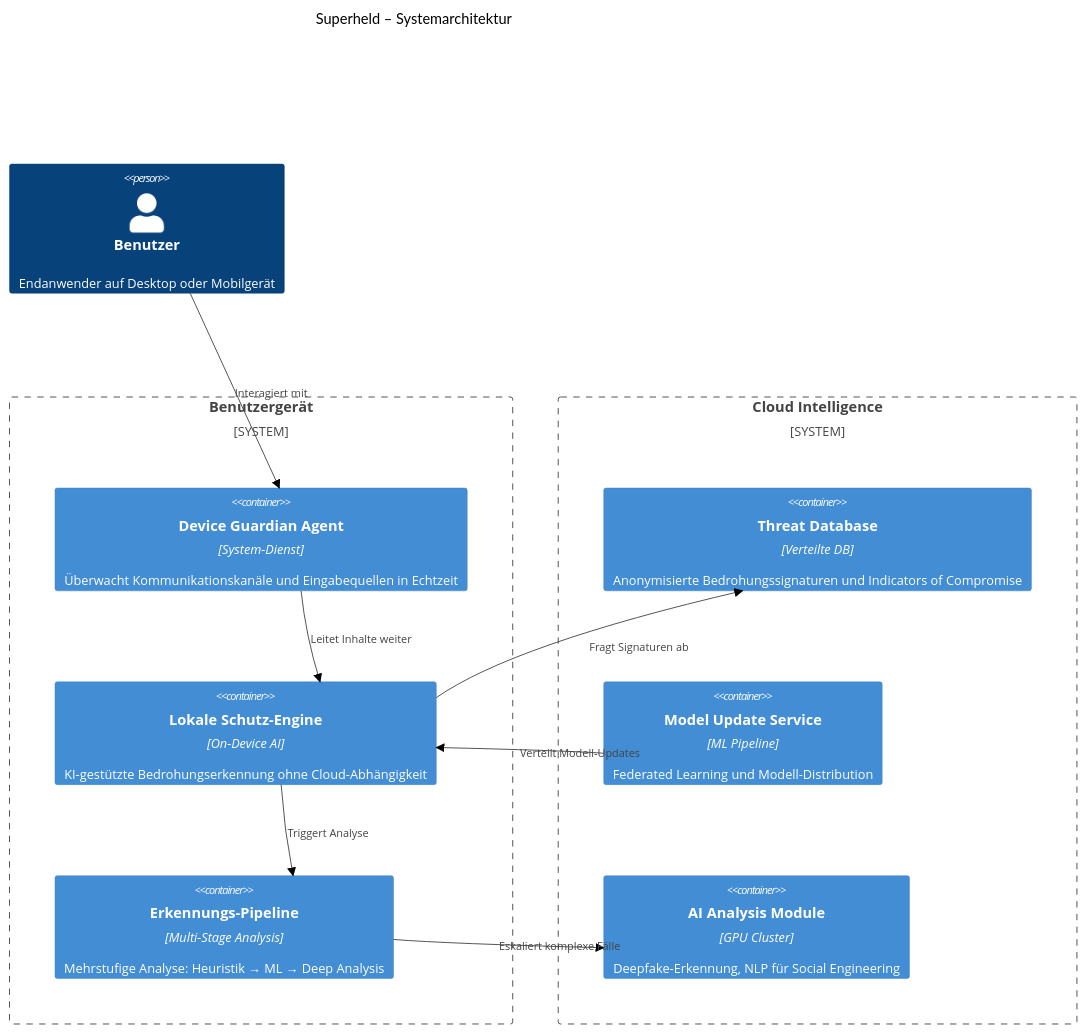
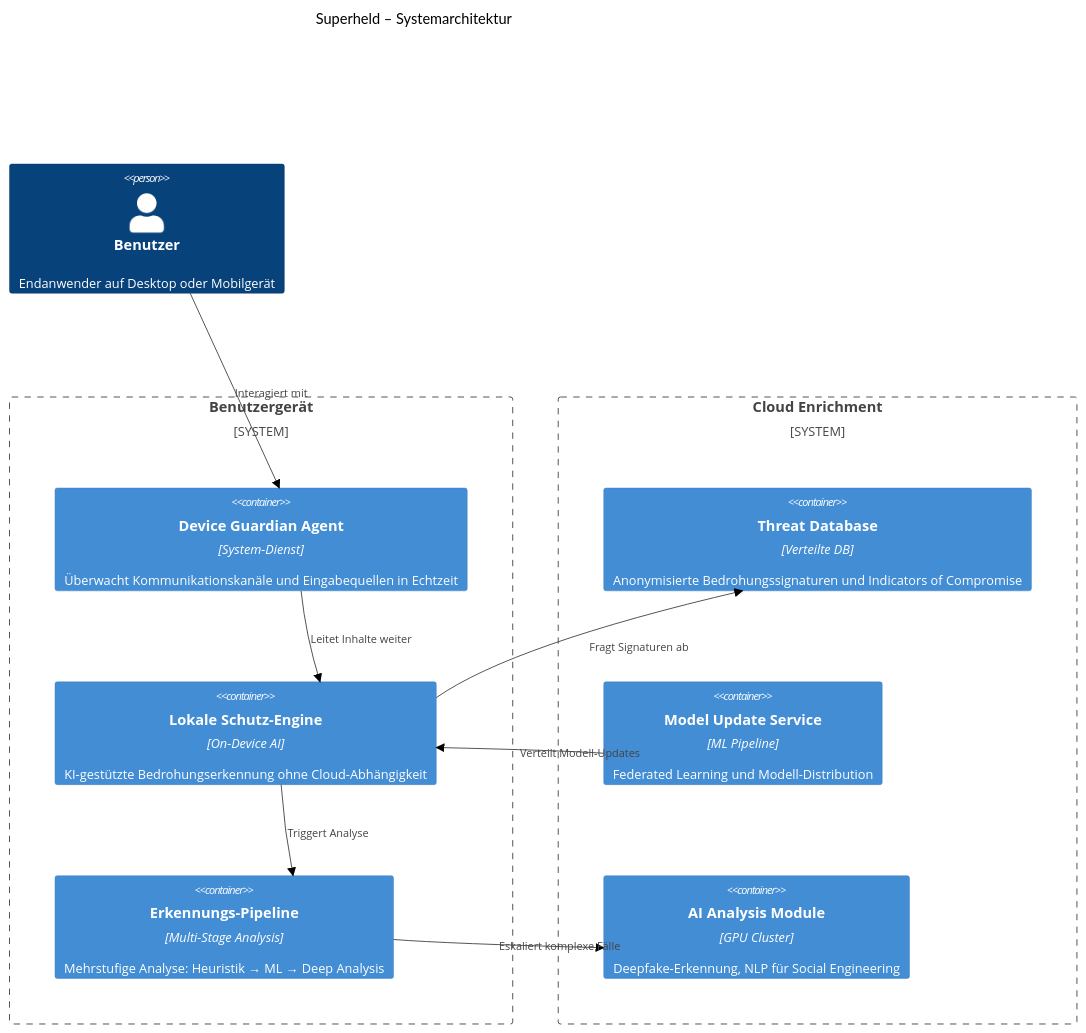
Before and after one commit to benediktpoller/docs.superheld.app: the first of 2 diagrams in astro-site/src/content/docs/experts/architecture.mdx, drawn with Mermaid (forest theme). The commit also changed other lines of this file and 12 other files, not shown here.

````diff
--- a/astro-site/src/content/docs/experts/architecture.mdx
+++ b/astro-site/src/content/docs/experts/architecture.mdx
@@ -13,25 +13,25 @@
 ```mermaid
 C4Context
     title Superheld – Systemarchitektur
 
     Person(user, "Benutzer", "Endanwender auf Desktop oder Mobilgerät")
 
     System_Boundary(device, "Benutzergerät") {
         Container(agent, "Device Guardian Agent", "System-Dienst", "Überwacht Kommunikationskanäle und Eingabequellen in Echtzeit")
         Container(engine, "Lokale Schutz-Engine", "On-Device AI", "KI-gestützte Bedrohungserkennung ohne Cloud-Abhängigkeit")
         Container(pipeline, "Erkennungs-Pipeline", "Multi-Stage Analysis", "Mehrstufige Analyse: Heuristik → ML → Deep Analysis")
     }
 
-    System_Boundary(cloud, "Cloud Intelligence") {
+    System_Boundary(cloud, "Cloud Enrichment") {
         Container(threatdb, "Threat Database", "Verteilte DB", "Anonymisierte Bedrohungssignaturen und Indicators of Compromise")
         Container(modelupdate, "Model Update Service", "ML Pipeline", "Federated Learning und Modell-Distribution")
         Container(ai, "AI Analysis Module", "GPU Cluster", "Deepfake-Erkennung, NLP für Social Engineering")
     }
 
     Rel(user, agent, "Interagiert mit")
     Rel(agent, engine, "Leitet Inhalte weiter")
     Rel(engine, pipeline, "Triggert Analyse")
     Rel(pipeline, ai, "Eskaliert komplexe Fälle")
     Rel(engine, threatdb, "Fragt Signaturen ab")
     Rel(modelupdate, engine, "Verteilt Modell-Updates")
 ```
````
